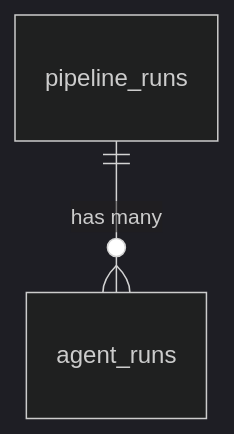
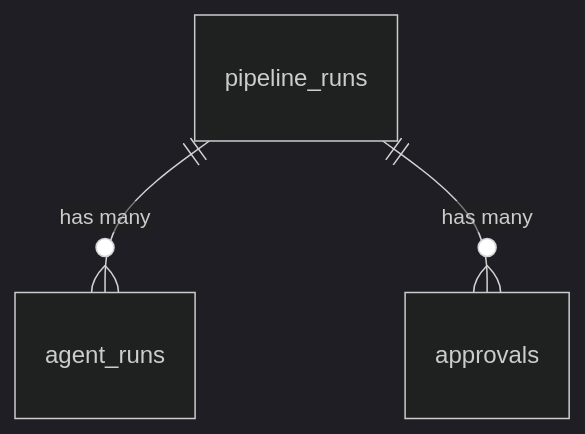
One commit to npeaks-gently/cloud-agent-harness changed the diagram in docs/cloud-harness/data-model.md. Above: the diagram before and after it, drawn with Mermaid (dark theme). The commit also changed other lines of this file and 1 other file, not shown here.

First line of the commit message:
docs: update architecture and data model to reflect Phase 3 completion

````diff
--- a/docs/cloud-harness/data-model.md
+++ b/docs/cloud-harness/data-model.md
@@ -62,4 +92,5 @@
 ```mermaid
 erDiagram
     pipeline_runs ||--o{ agent_runs : "has many"
+    pipeline_runs ||--o{ approvals : "has many"
 ```
````
